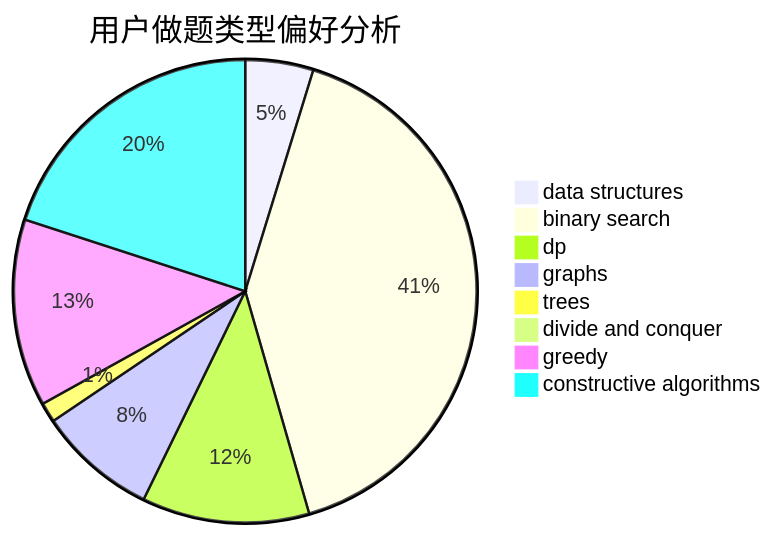
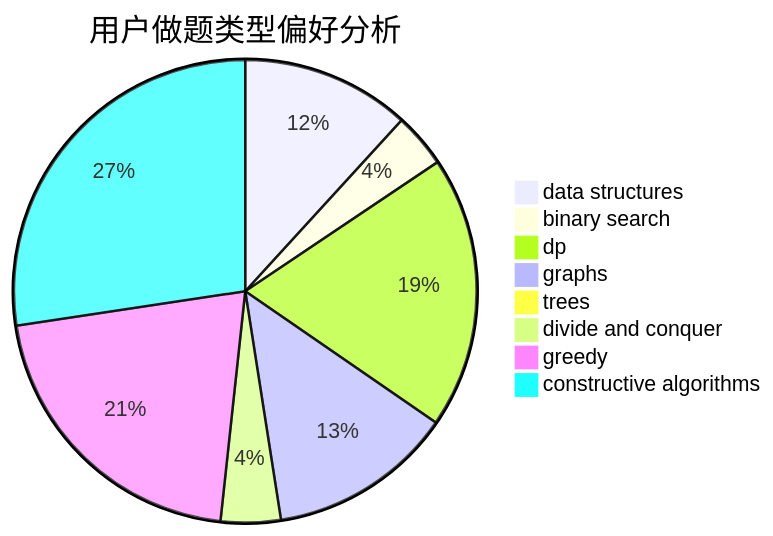
One commit to sherpahu/cfrs.github.io changed the second of 3 diagrams in docs/user/u2079.md. Above: the diagram before and after it, drawn with Mermaid. The commit also changed other lines of this file and 2770 other files, not shown here.

````diff
--- a/docs/user/u2079.md
+++ b/docs/user/u2079.md
@@ -23,11 +23,11 @@
 ```mermaid
 pie title 用户做题类型偏好分析
-    "data structures" :  24
-    "binary search" :  206
-    "dp" :  59
-    "graphs" :  42
-    "trees" :  7
-    "divide and conquer" :  0
-    "greedy" :  66
-    "constructive algorithms" :  101
+    "data structures" :  31
+    "binary search" :  10
+    "dp" :  50
+    "graphs" :  34
+    "trees" :  0
+    "divide and conquer" :  11
+    "greedy" :  55
+    "constructive algorithms" :  72
 ```
````
